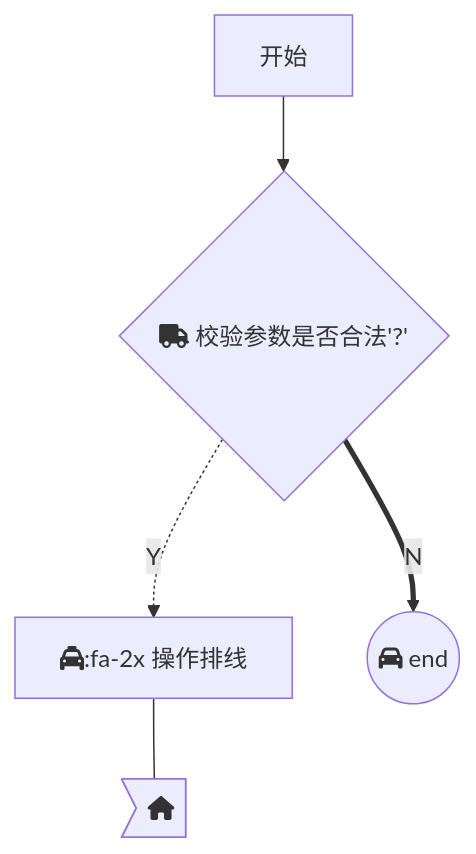
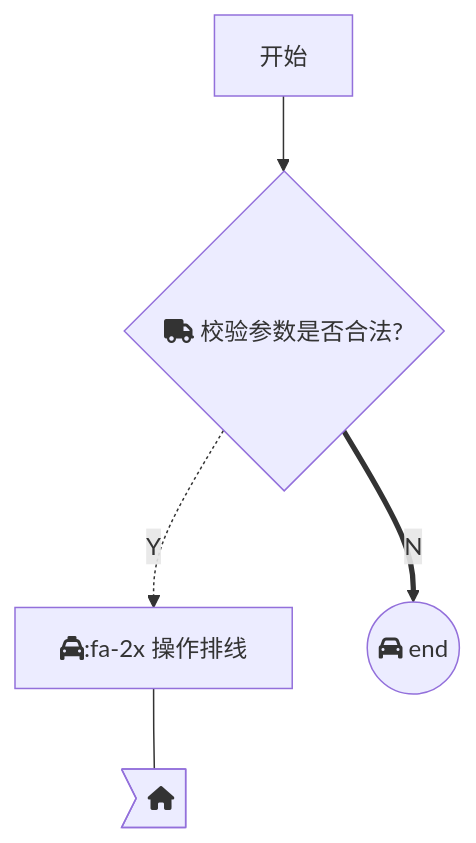
Before and after one commit to wxh646121331/study-notes: the first of 2 diagrams in mackdown.md, drawn with Mermaid. The commit also changed other lines of this file and 2 other files, not shown here.

```diff
--- a/mackdown.md
+++ b/mackdown.md
@@ -73,8 +73,8 @@
 ~~~mermaid
 graph TB
-	start[开始]-->s{fa:fa-truck 校验参数是否合法'?'}
+	start[开始]-->s{"fa:fa-truck 校验参数是否合法?"}
 	s-.->|Y|d[fa:fa-taxi:fa-2x 操作排线]
 	s==>|N|e((fa:fa-car end))
 	d---f>fa:fa-home]
 	
 ~~~
```
